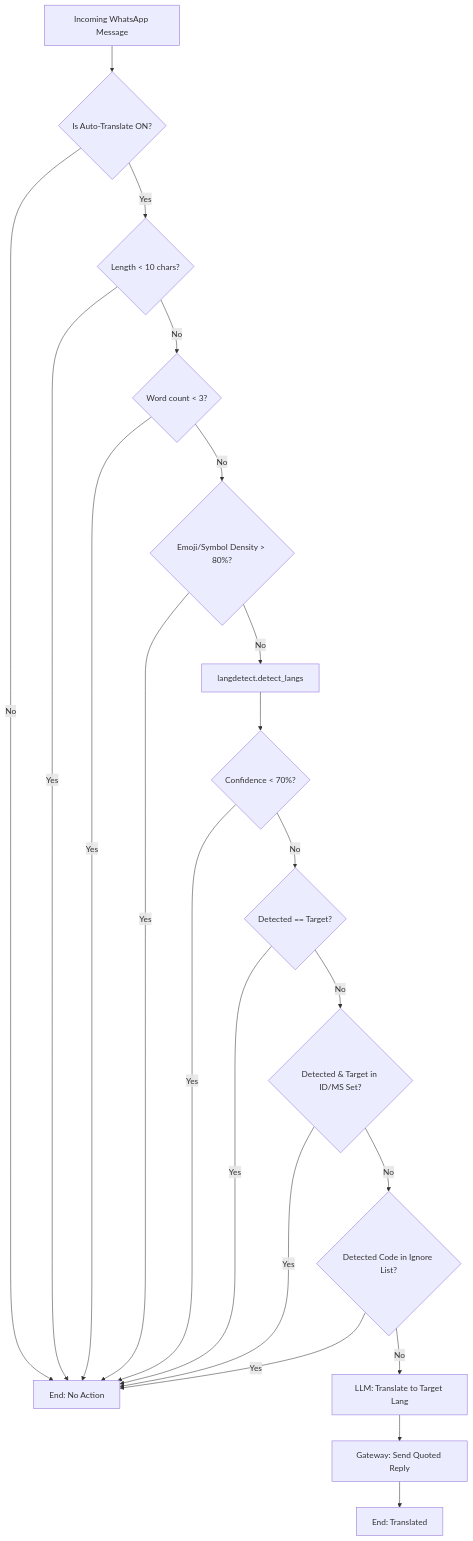
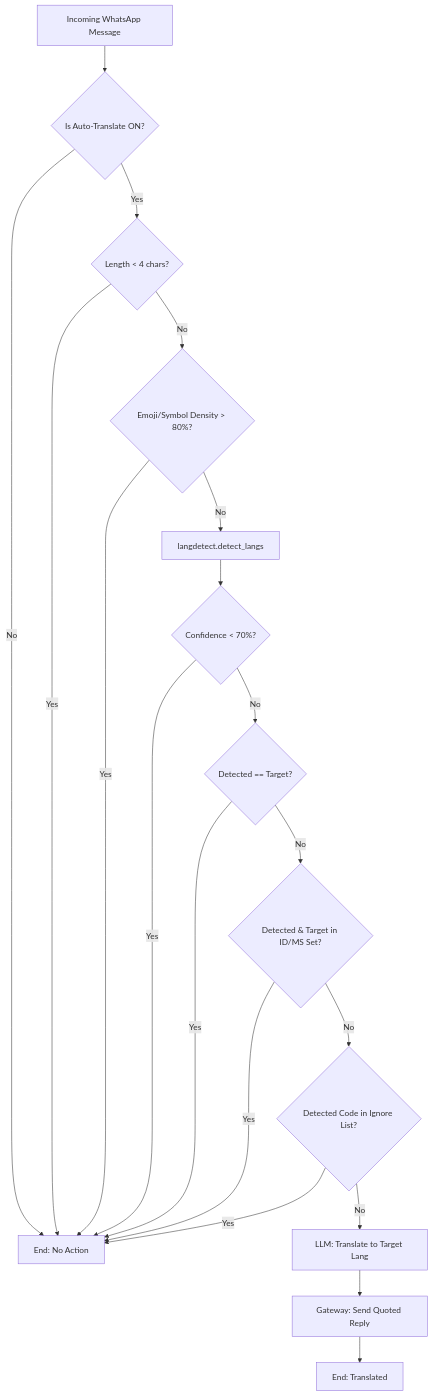
Before and after one commit to cripperzprodigy/whatsapp-casual-bot: the diagram in ai-chat/translation_architecture.md, drawn with Mermaid. The commit also changed other lines of this file and 10 other files, not shown here.

````diff
--- a/ai-chat/translation_architecture.md
+++ b/ai-chat/translation_architecture.md
@@ -63,31 +61,28 @@
 ```mermaid
 flowchart TD
     A[Incoming WhatsApp Message] --> B{Is Auto-Translate ON?}
     B -- No --> Z[End: No Action]
-    B -- Yes --> C{Length < 10 chars?}
-    
+    B -- Yes --> C{Length < 4 chars?}
+
     C -- Yes --> Z
-    C -- No --> CW{Word count < 3?}
-    
-    CW -- Yes --> Z
-    CW -- No --> D{Emoji/Symbol Density > 80%?}
-    
+    C -- No --> D{Emoji/Symbol Density > 80%?}
+
     D -- Yes --> Z
     D -- No --> E[langdetect.detect_langs]
-    
+
     E --> F{Confidence < 70%?}
     F -- Yes --> Z
     F -- No --> G{Detected == Target?}
-    
+
     G -- Yes --> Z
     G -- No --> H{Detected & Target in ID/MS Set?}
-    
+
     H -- Yes --> Z
     H -- No --> I{Detected Code in Ignore List?}
-    
+
     I -- Yes --> Z
     I -- No --> J[LLM: Translate to Target Lang]
-    
+
     J --> K[Gateway: Send Quoted Reply]
     K --> Y[End: Translated]
 ```
````
